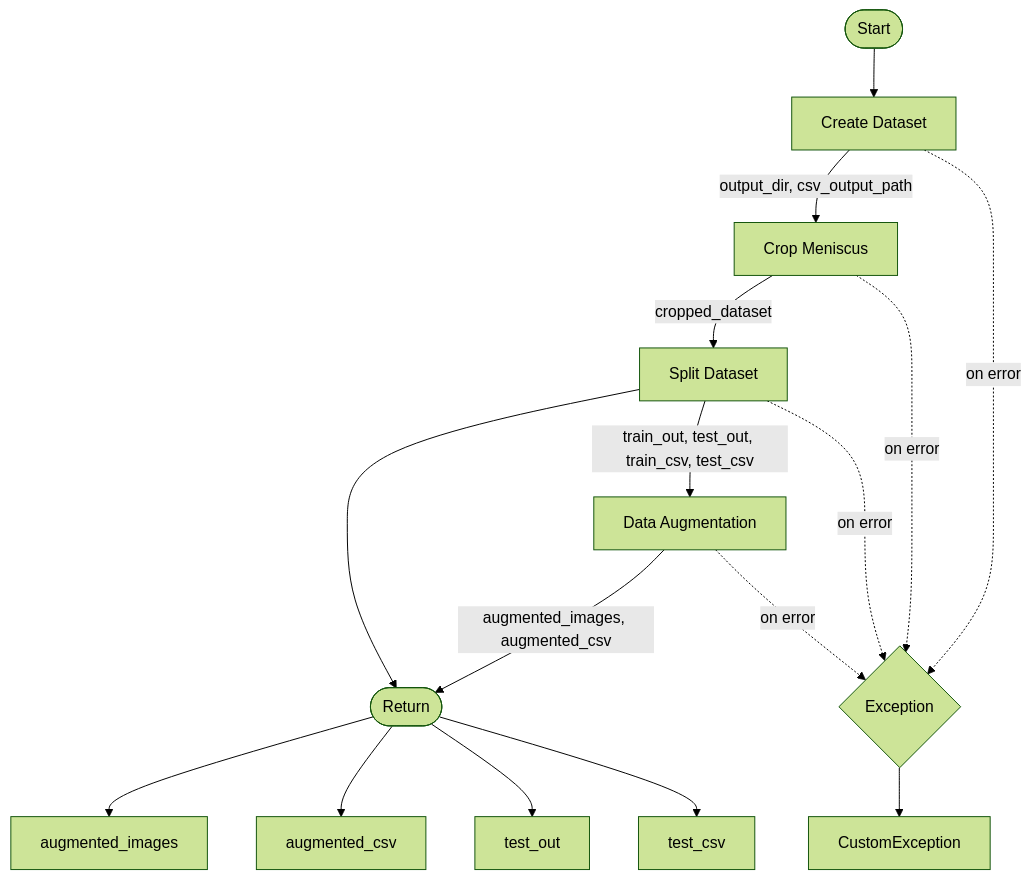
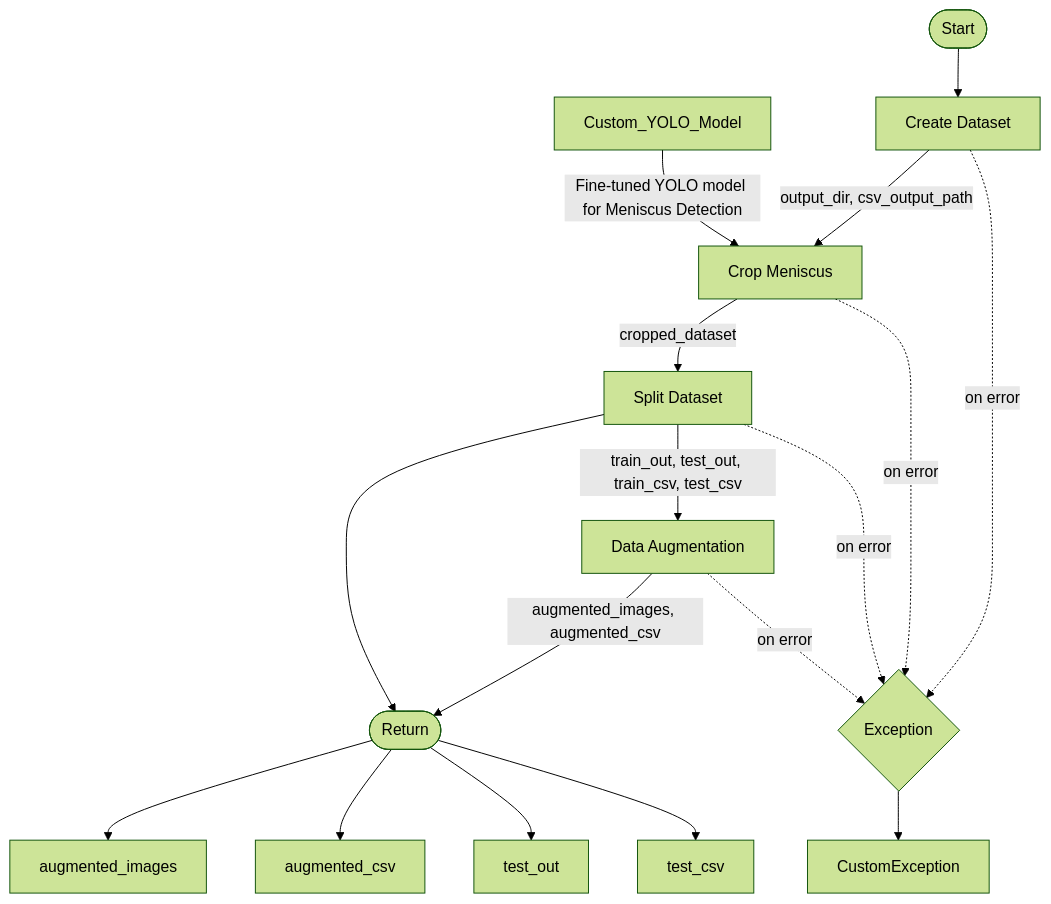
One commit to ataa599/AI-based-Sagittal-MRI-fine-grading-of-meniscus-injury changed the first of 2 diagrams in README.md. Above: the diagram before and after it, drawn with Mermaid (forest theme). The commit also changed other lines of this file and 2 other files, not shown here.

````diff
--- a/README.md
+++ b/README.md
@@ -17,22 +27,23 @@
 ```mermaid
 flowchart TD
     A([Start]) --> B[Create Dataset]
     B -->|output_dir, csv_output_path| C[Crop Meniscus]
     C -->|cropped_dataset| D[Split Dataset]
     D -->|train_out, test_out, train_csv, test_csv| E[Data Augmentation]
+    Custom_YOLO_Model -->|Fine-tuned YOLO model for Meniscus Detection| C
 
     E -->|augmented_images, augmented_csv| F([Return])
     D --> F
 
     F --> O1[augmented_images]
     F --> O2[augmented_csv]
     F --> O3[test_out]
     F --> O4[test_csv]
 
     %% Error handling
     B -.->|on error| X{Exception}
     C -.->|on error| X
     D -.->|on error| X
     E -.->|on error| X
     X --> Y[CustomException]
 ```
````
